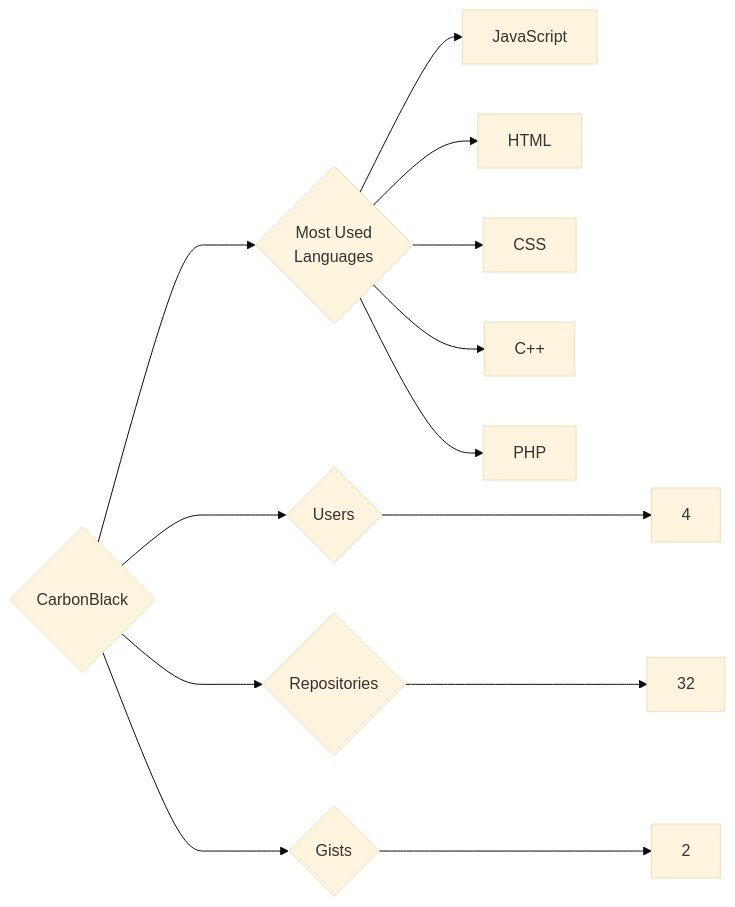
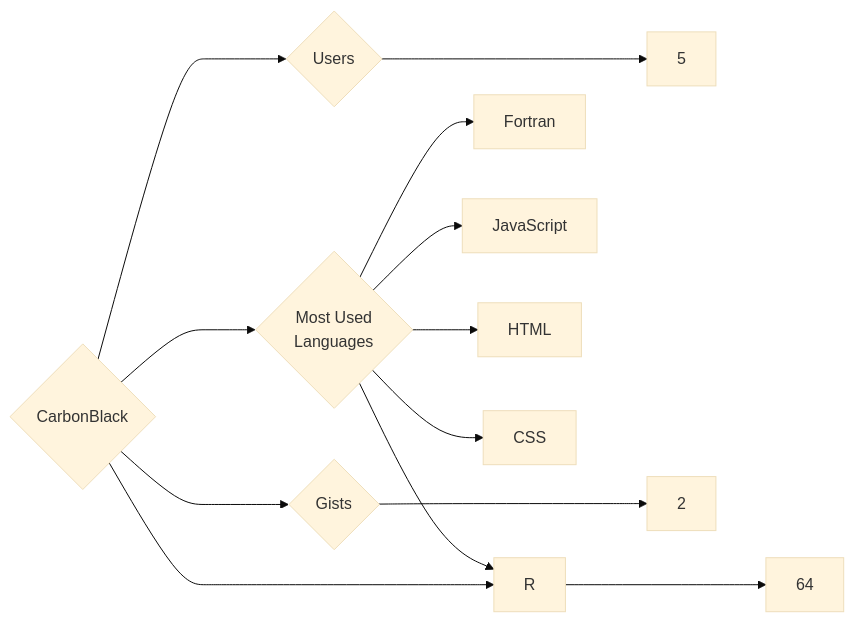
The diagram in targets/CarbonBlack/README.md (trickest/insiders), drawn with Mermaid (base theme) before and after one commit. The commit also changed 699 other files, not shown here.

````diff
--- a/targets/CarbonBlack/README.md
+++ b/targets/CarbonBlack/README.md
@@ -3,13 +3,13 @@
 ```mermaid
 graph LR
 COMPANY_NAME{CarbonBlack}
-COMPANY_NAME ---> U{Users} ---> UN[4]
-COMPANY_NAME ---> R{Repositories} ---> RN[32]
+COMPANY_NAME ---> U{Users} ---> UN[5]
+COMPANY_NAME ---> R{Repositories} ---> RN[64]
 COMPANY_NAME ---> G{Gists} ---> GN[2]
 COMPANY_NAME ---> ML{Most Used<br>Languages}
+ML --> Fortran[Fortran]
 ML --> JavaScript[JavaScript]
 ML --> HTML[HTML]
+ML --> R[R]
 ML --> CSS[CSS]
-ML --> C++[C++]
-ML --> PHP[PHP]
 ```
````
